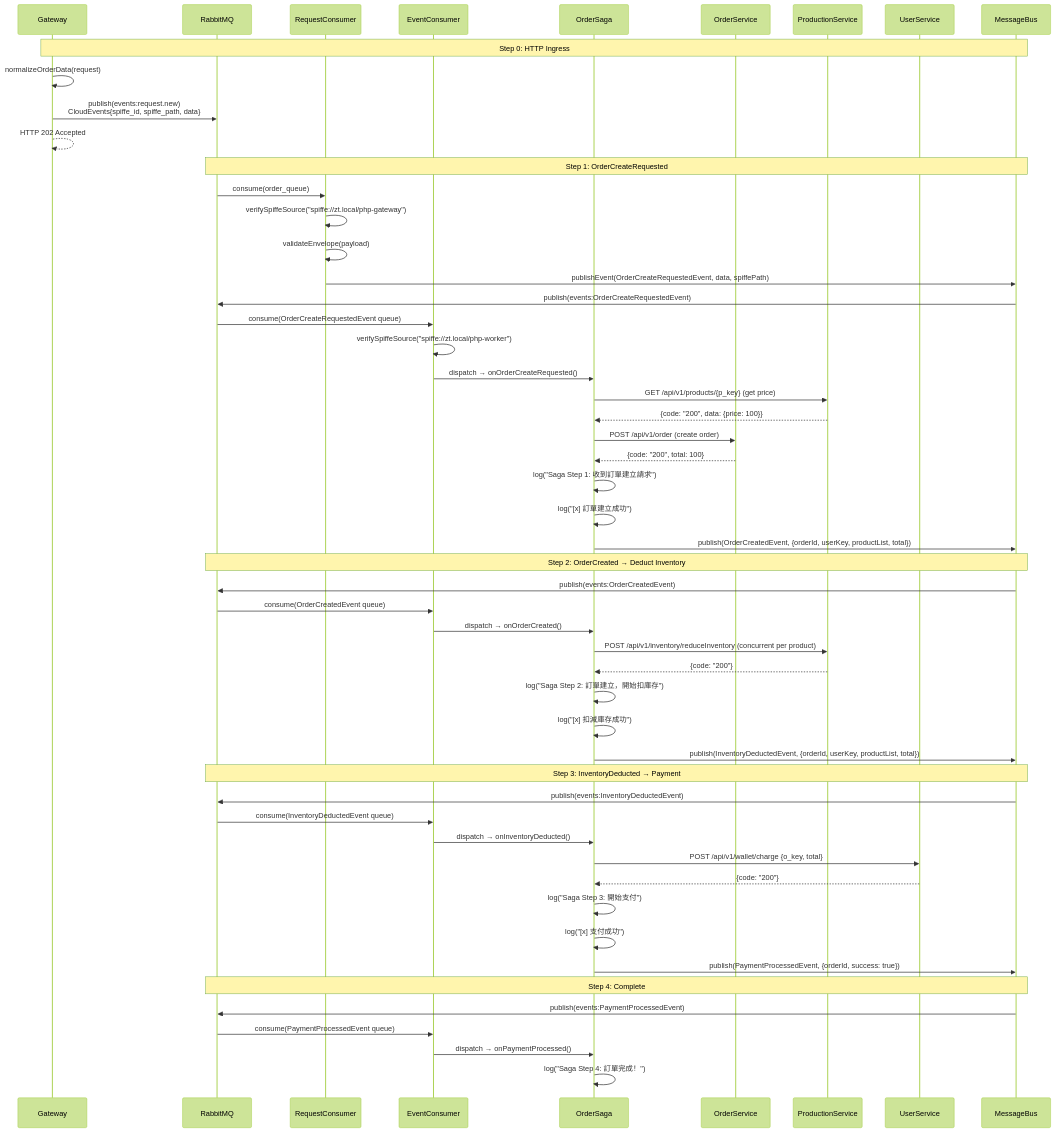
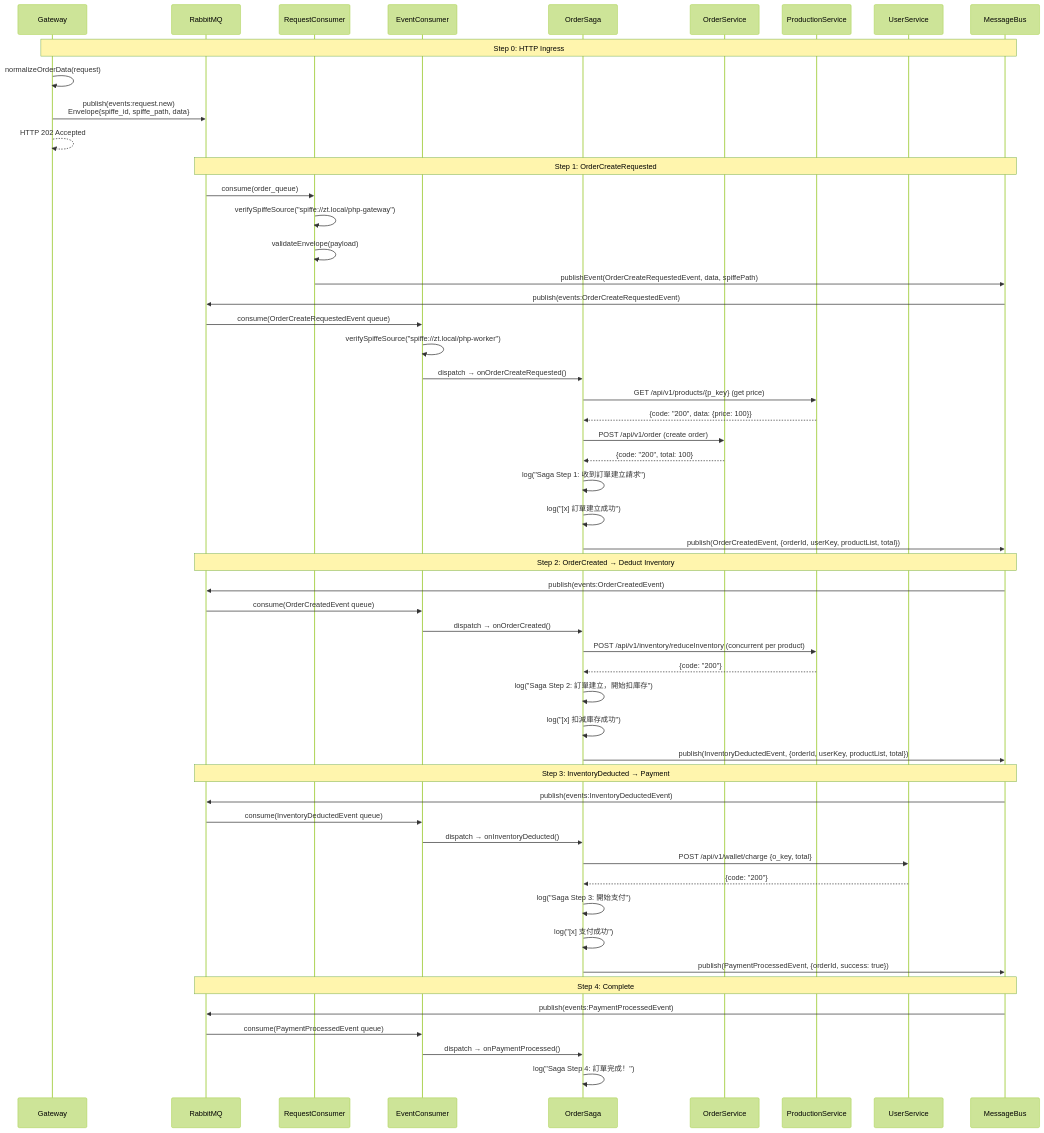
The fifth of 21 diagrams in docs/architecture-flows.md (jie80219/zt-event-gateway), drawn with Mermaid (forest theme) before and after one commit. The commit also changed other lines of this file and 55 other files, not shown here.

````diff
--- a/docs/architecture-flows.md
+++ b/docs/architecture-flows.md
@@ -232,61 +226,61 @@
 ```mermaid
 sequenceDiagram
     participant GW as Gateway
     participant MQ as RabbitMQ
     participant RC as RequestConsumer
     participant EC as EventConsumer
     participant S as OrderSaga
     participant OS as OrderService
     participant PS as ProductionService
     participant US as UserService
     participant MB as MessageBus
 
     Note over GW,MB: Step 0: HTTP Ingress
     GW->>GW: normalizeOrderData(request)
-    GW->>MQ: publish(events:request.new)<br/>CloudEvents{spiffe_id, spiffe_path, data}
+    GW->>MQ: publish(events:request.new)<br/>Envelope{spiffe_id, spiffe_path, data}
     GW-->>GW: HTTP 202 Accepted
 
     Note over MQ,MB: Step 1: OrderCreateRequested
     MQ->>RC: consume(order_queue)
     RC->>RC: verifySpiffeSource("spiffe://zt.local/php-gateway")
     RC->>RC: validateEnvelope(payload)
     RC->>MB: publishEvent(OrderCreateRequestedEvent, data, spiffePath)
     MB->>MQ: publish(events:OrderCreateRequestedEvent)
 
     MQ->>EC: consume(OrderCreateRequestedEvent queue)
     EC->>EC: verifySpiffeSource("spiffe://zt.local/php-worker")
     EC->>S: dispatch → onOrderCreateRequested()
     S->>PS: GET /api/v1/products/{p_key} (get price)
     PS-->>S: {code: "200", data: {price: 100}}
     S->>OS: POST /api/v1/order (create order)
     OS-->>S: {code: "200", total: 100}
     S->>S: log("Saga Step 1: 收到訂單建立請求")
     S->>S: log("[x] 訂單建立成功")
     S->>MB: publish(OrderCreatedEvent, {orderId, userKey, productList, total})
 
     Note over MQ,MB: Step 2: OrderCreated → Deduct Inventory
     MB->>MQ: publish(events:OrderCreatedEvent)
     MQ->>EC: consume(OrderCreatedEvent queue)
     EC->>S: dispatch → onOrderCreated()
     S->>PS: POST /api/v1/inventory/reduceInventory (concurrent per product)
     PS-->>S: {code: "200"}
     S->>S: log("Saga Step 2: 訂單建立，開始扣庫存")
     S->>S: log("[x] 扣減庫存成功")
     S->>MB: publish(InventoryDeductedEvent, {orderId, userKey, productList, total})
 
     Note over MQ,MB: Step 3: InventoryDeducted → Payment
     MB->>MQ: publish(events:InventoryDeductedEvent)
     MQ->>EC: consume(InventoryDeductedEvent queue)
     EC->>S: dispatch → onInventoryDeducted()
     S->>US: POST /api/v1/wallet/charge {o_key, total}
     US-->>S: {code: "200"}
     S->>S: log("Saga Step 3: 開始支付")
     S->>S: log("[x] 支付成功")
     S->>MB: publish(PaymentProcessedEvent, {orderId, success: true})
 
     Note over MQ,MB: Step 4: Complete
     MB->>MQ: publish(events:PaymentProcessedEvent)
     MQ->>EC: consume(PaymentProcessedEvent queue)
     EC->>S: dispatch → onPaymentProcessed()
     S->>S: log("Saga Step 4: 訂單完成！")
 ```
````
